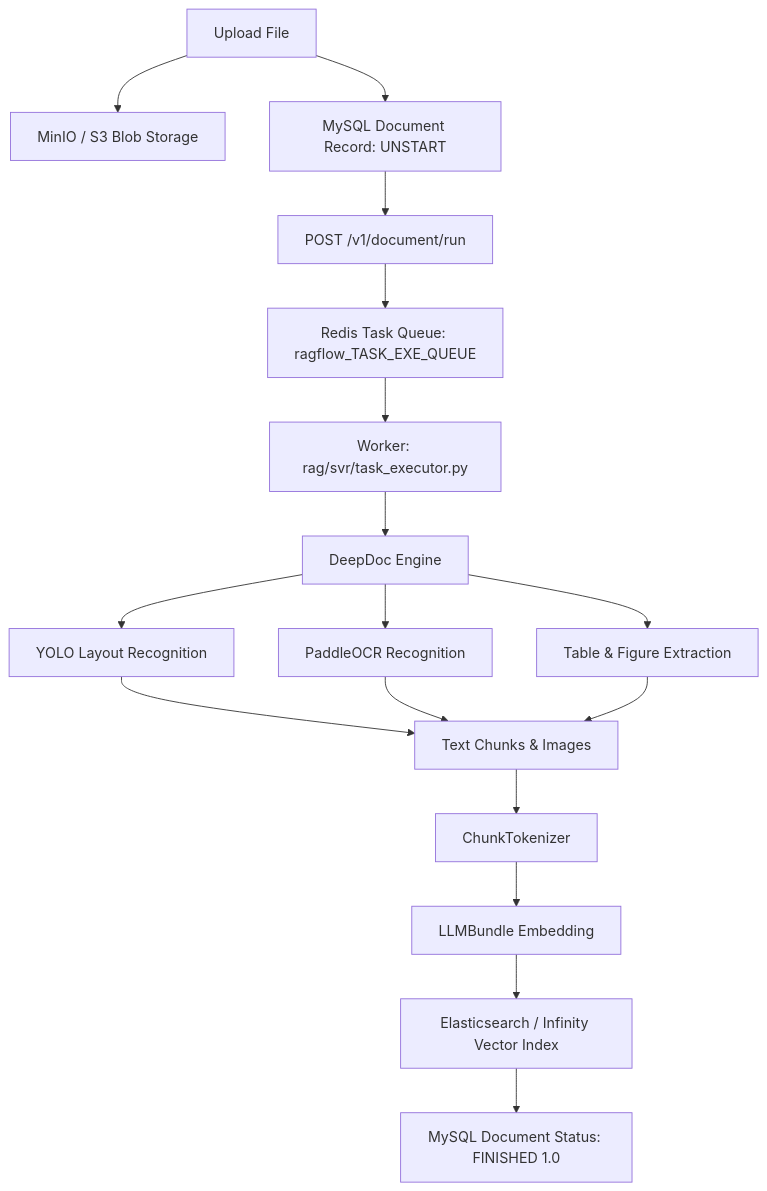
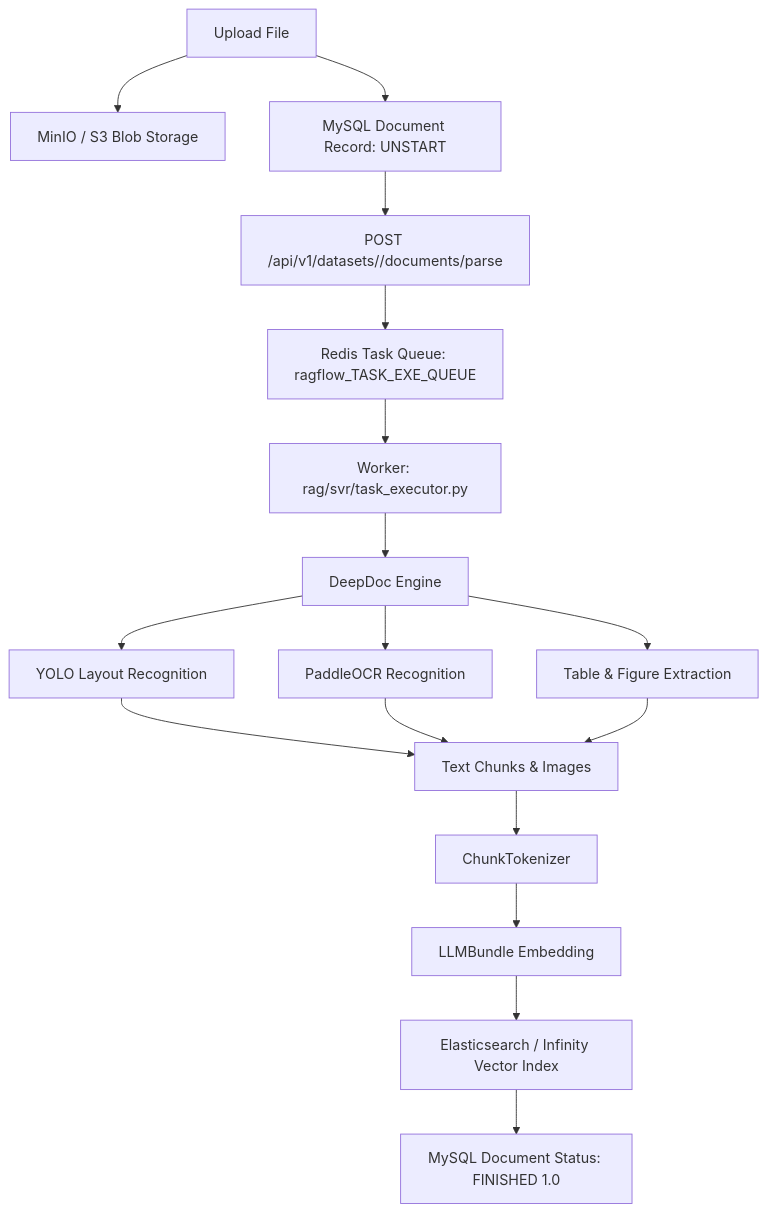
Before and after one commit to 6sLOGAN78/devRAG: the diagram in ragflow-docs/23-diagrams/ingestion.mmd, drawn with Mermaid. The commit also changed 35 other files, not shown here.

```diff
--- a/ragflow-docs/23-diagrams/ingestion.mmd
+++ b/ragflow-docs/23-diagrams/ingestion.mmd
@@ -1,17 +1,17 @@
 flowchart TD
     A[Upload File] --> B[MinIO / S3 Blob Storage]
     A --> C[MySQL Document Record: UNSTART]
-    C --> D[POST /v1/document/run]
+    C --> D[POST /api/v1/datasets/<dataset_id>/documents/parse]
     D --> E[Redis Task Queue: ragflow_TASK_EXE_QUEUE]
     E --> F[Worker: rag/svr/task_executor.py]
     F --> G[DeepDoc Engine]
     G --> H[YOLO Layout Recognition]
     G --> I[PaddleOCR Recognition]
     G --> J[Table & Figure Extraction]
     H --> K[Text Chunks & Images]
     I --> K
     J --> K
     K --> L[ChunkTokenizer]
     L --> M[LLMBundle Embedding]
     M --> N[Elasticsearch / Infinity Vector Index]
     N --> O[MySQL Document Status: FINISHED 1.0]
```
